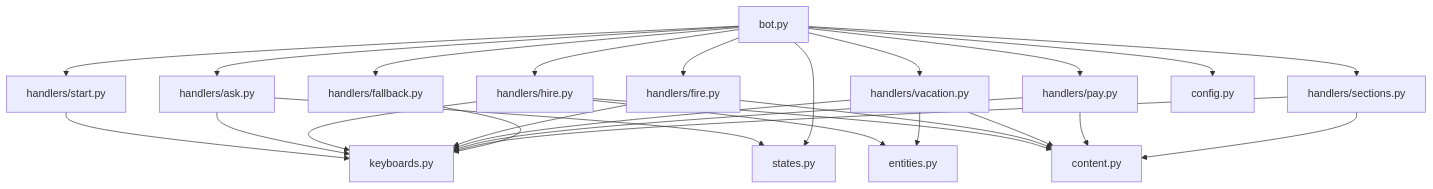
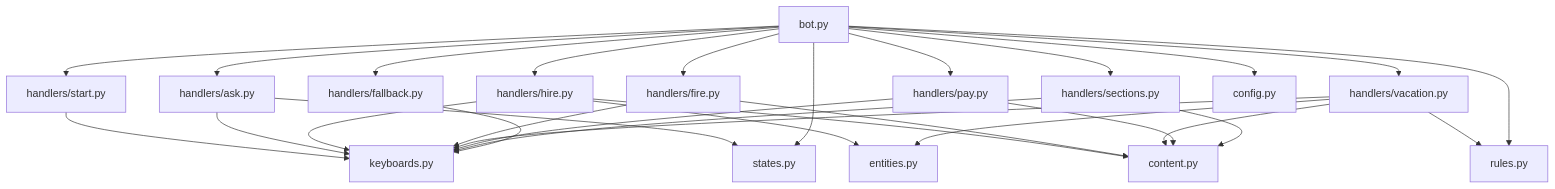
One commit to ognelis/cafetera_hr_bot changed diagram 15 of 15 in .qoder/repowiki/en/content/VK Integration/Employment Lifecycle Management.md. Above: the diagram before and after it, drawn with Mermaid. The commit also changed other lines of this file and 26 other files, not shown here.

````diff
--- a/.qoder/repowiki/en/content/VK Integration/Employment Lifecycle Management.md
+++ b/.qoder/repowiki/en/content/VK Integration/Employment Lifecycle Management.md
@@ -473,43 +509,46 @@
 ```mermaid
 graph TB
 H1["handlers/start.py"]
 H2["handlers/ask.py"]
 H3["handlers/hire.py"]
 H4["handlers/fire.py"]
 H5["handlers/vacation.py"]
 H6["handlers/pay.py"]
 H7["handlers/sections.py"]
 H8["handlers/fallback.py"]
 K["keyboards.py"]
 E["entities.py"]
 C["content.py"]
 S["states.py"]
+R["rules.py"]
 B["bot.py"]
 CFG["config.py"]
 H1 --> K
 H2 --> K
 H2 --> S
 H3 --> K
 H3 --> E
 H3 --> C
 H4 --> K
 H4 --> C
 H5 --> K
 H5 --> E
 H5 --> C
+H5 --> R
 H6 --> K
 H6 --> C
 H7 --> K
 H7 --> C
 H8 --> K
 B --> H1
 B --> H2
 B --> H3
 B --> H4
 B --> H5
 B --> H6
 B --> H7
 B --> H8
 B --> S
+B --> R
 B --> CFG
 ```
````
